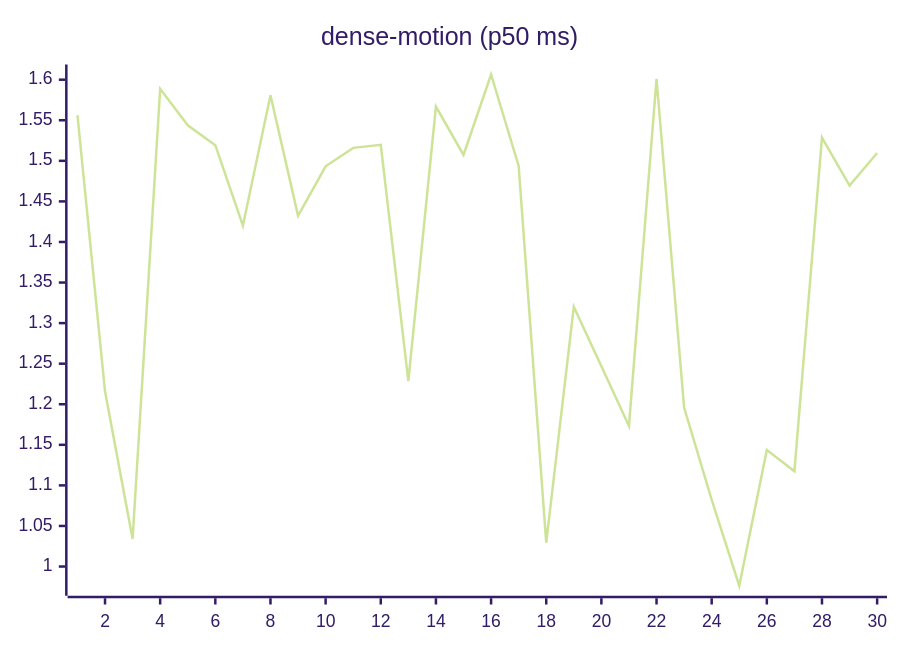
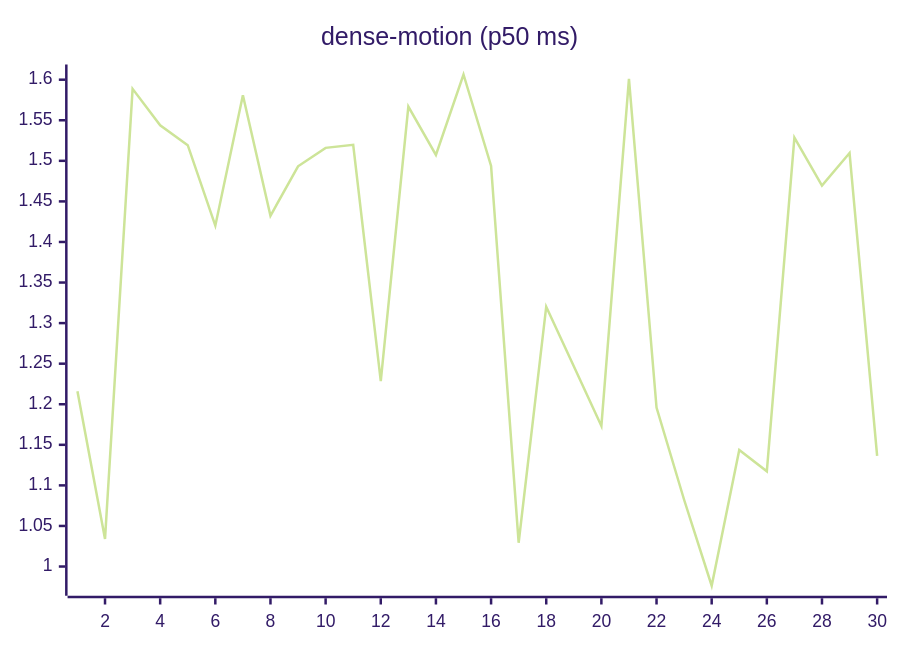
The ninth of 27 diagrams in README.md (josha/Facet), drawn with Mermaid (forest theme) before and after one commit. The commit also changed other lines of this file and 2 other files, not shown here.

````diff
--- a/README.md
+++ b/README.md
@@ -119,6 +119,6 @@
 ```mermaid
 xychart-beta
     title "dense-motion (p50 ms)"
     x-axis 1 --> 30
-    line [1.5562, 1.2159, 1.0340, 1.5887, 1.5438, 1.5193, 1.4201, 1.5809, 1.4323, 1.4933, 1.5160, 1.5198, 1.2285, 1.5668, 1.5073, 1.6064, 1.4938, 1.0293, 1.3202, 1.2469, 1.1733, 1.6011, 1.1959, 1.0823, 0.9763, 1.1436, 1.1174, 1.5286, 1.4695, 1.5096]
+    line [1.2159, 1.0340, 1.5887, 1.5438, 1.5193, 1.4201, 1.5809, 1.4323, 1.4933, 1.5160, 1.5198, 1.2285, 1.5668, 1.5073, 1.6064, 1.4938, 1.0293, 1.3202, 1.2469, 1.1733, 1.6011, 1.1959, 1.0823, 0.9763, 1.1436, 1.1174, 1.5286, 1.4695, 1.5096, 1.1365]
 ```
````
